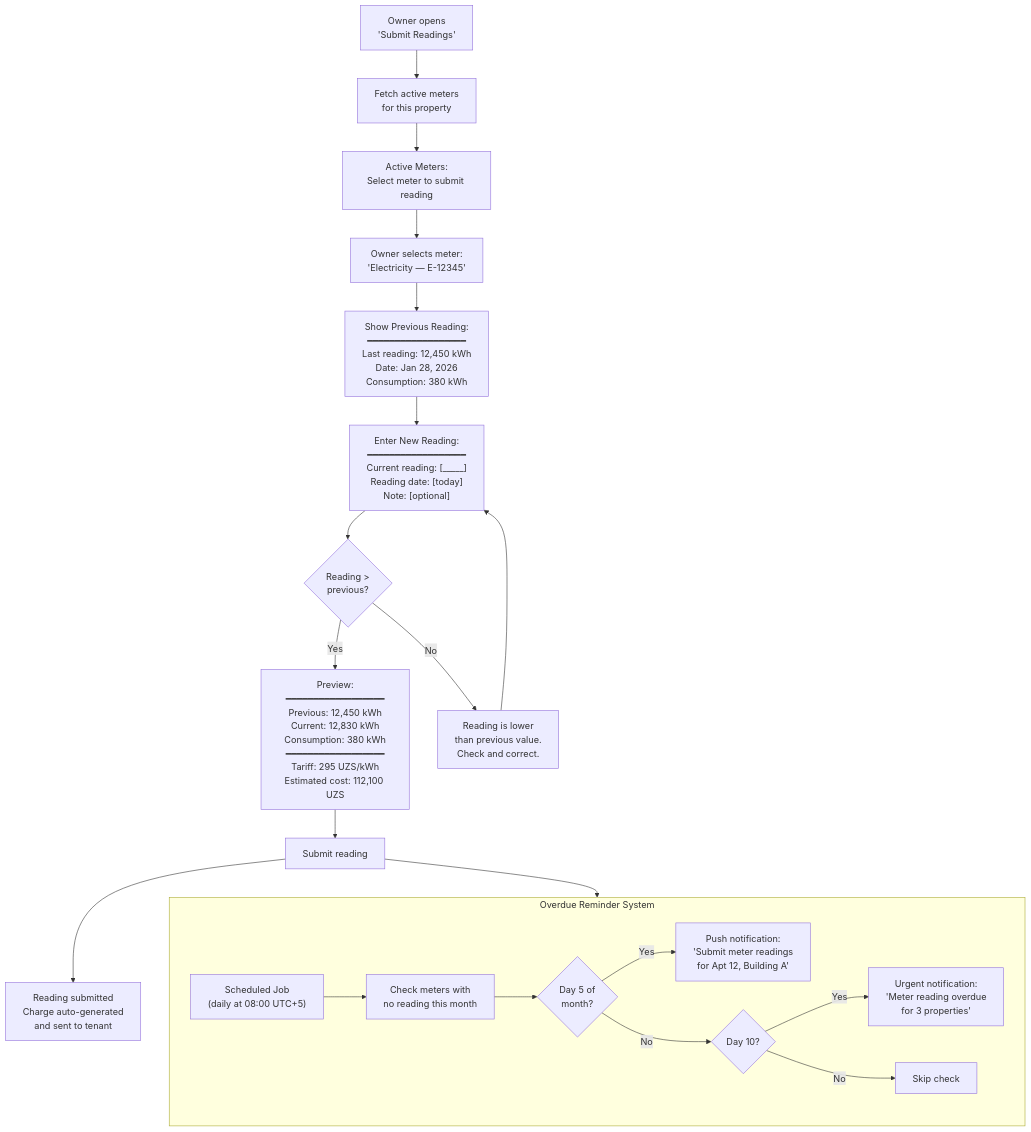
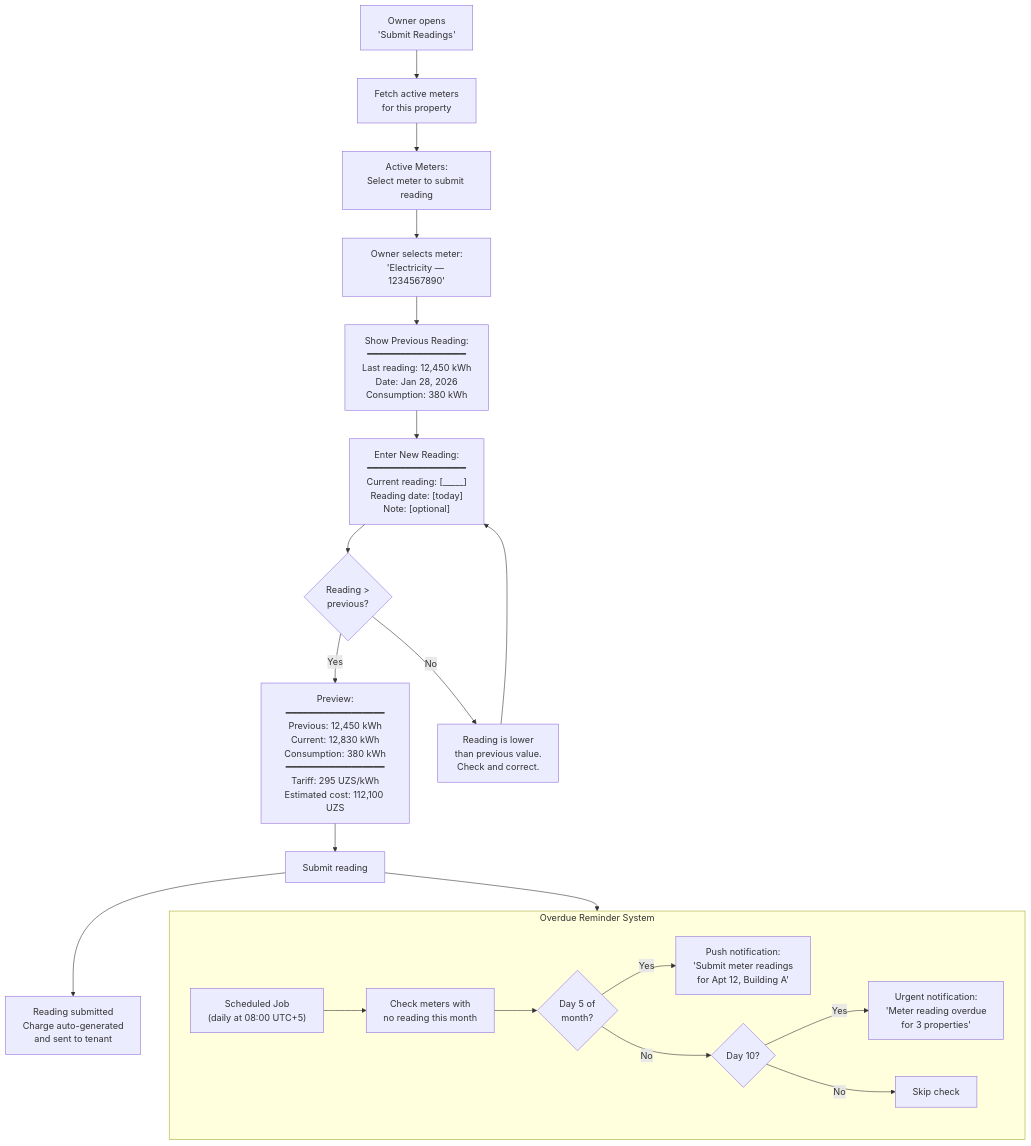
Before and after one commit to saodatm-dev/Utilities---Informational-Architecture: the fifth of 9 diagrams in Utilities - Business Owner.md, drawn with Mermaid. The commit also changed other lines of this file, not shown here.

Commit message:
docs: update informational architecture content for business owners

````diff
--- a/Utilities - Business Owner.md
+++ b/Utilities - Business Owner.md
@@ -136,34 +136,34 @@
 ```mermaid
 flowchart TD
     READINGS["Owner opens<br/>'Submit Readings'"] --> LOAD["Fetch active meters<br/>for this property"]
 
     LOAD --> METER_LIST["Active Meters:<br/>Select meter to submit reading"]
 
-    METER_LIST --> SELECT["Owner selects meter:<br/>'Electricity — E-12345'"]
+    METER_LIST --> SELECT["Owner selects meter:<br/>'Electricity — 1234567890'"]
 
     SELECT --> PREV["Show Previous Reading:<br/>━━━━━━━━━━━━━━━━━━<br/>Last reading: 12,450 kWh<br/>Date: Jan 28, 2026<br/>Consumption: 380 kWh"]
 
     PREV --> INPUT["Enter New Reading:<br/>━━━━━━━━━━━━━━━━━━<br/>Current reading: [_____]<br/>Reading date: [today]<br/>Note: [optional]"]
 
     INPUT --> CALC{"Reading ><br/>previous?"}
 
     CALC -->|"Yes"| PREVIEW["Preview:<br/>━━━━━━━━━━━━━━━━━━<br/>Previous: 12,450 kWh<br/>Current: 12,830 kWh<br/>Consumption: 380 kWh<br/>━━━━━━━━━━━━━━━━━━<br/>Tariff: 295 UZS/kWh<br/>Estimated cost: 112,100 UZS"]
 
     CALC -->|"No"| WARN["Reading is lower<br/>than previous value.<br/>Check and correct."]
     WARN --> INPUT
 
     PREVIEW --> SUBMIT["Submit reading"]
 
     SUBMIT --> SUCCESS["Reading submitted<br/>Charge auto-generated<br/>and sent to tenant"]
 
     SUBMIT --> REMINDER_FLOW
 
     subgraph REMINDER_FLOW ["Overdue Reminder System"]
         CRON["Scheduled Job<br/>(daily at 08:00 UTC+5)"] --> CHECK["Check meters with<br/>no reading this month"]
         CHECK --> DAY5{"Day 5 of<br/>month?"}
         DAY5 -->|"Yes"| NOTIFY["Push notification:<br/>'Submit meter readings<br/>for Apt 12, Building A'"]
         DAY5 -->|"No"| DAY10{"Day 10?"}
         DAY10 -->|"Yes"| URGENT["Urgent notification:<br/>'Meter reading overdue<br/>for 3 properties'"]
         DAY10 -->|"No"| SKIP["Skip check"]
     end
 ```
````
